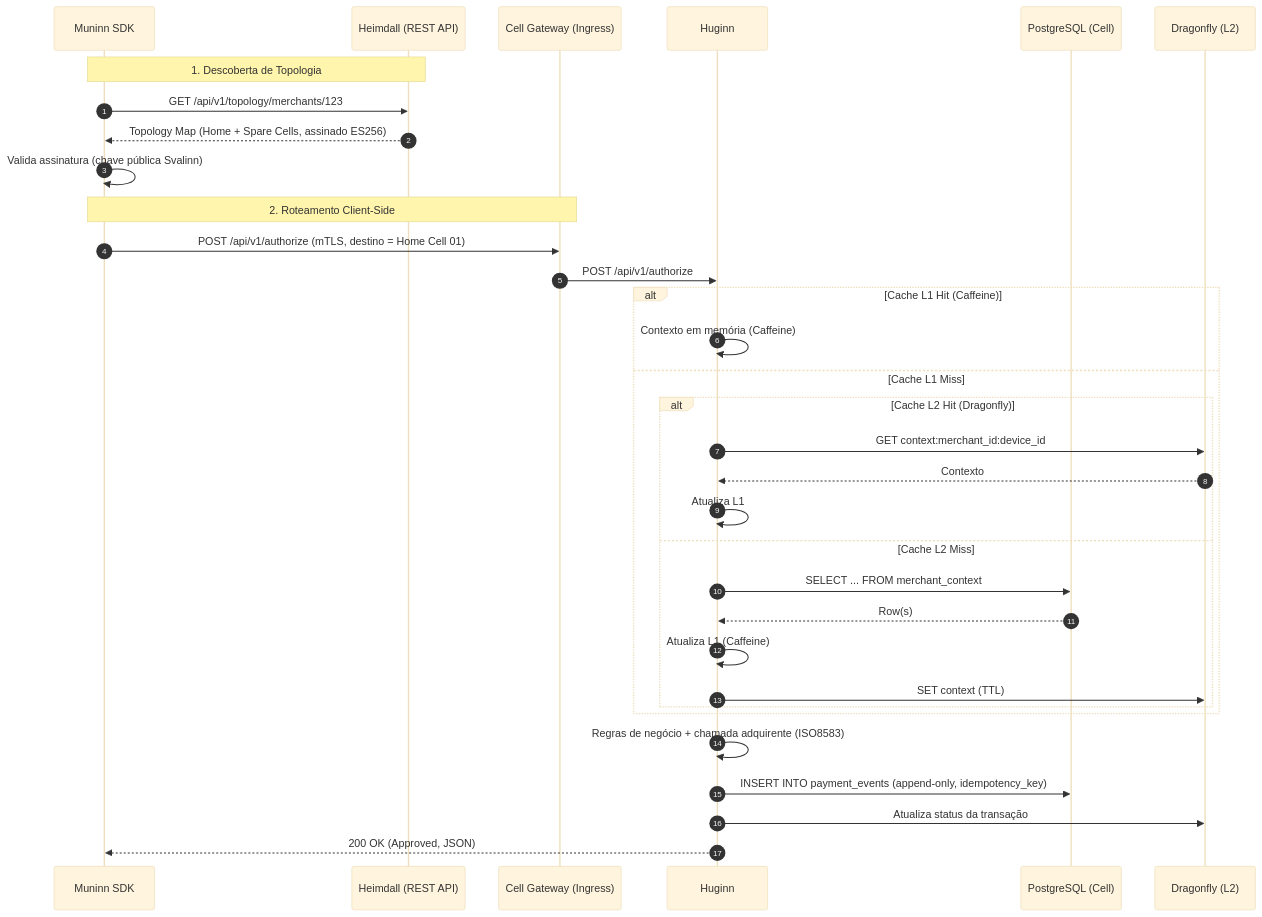
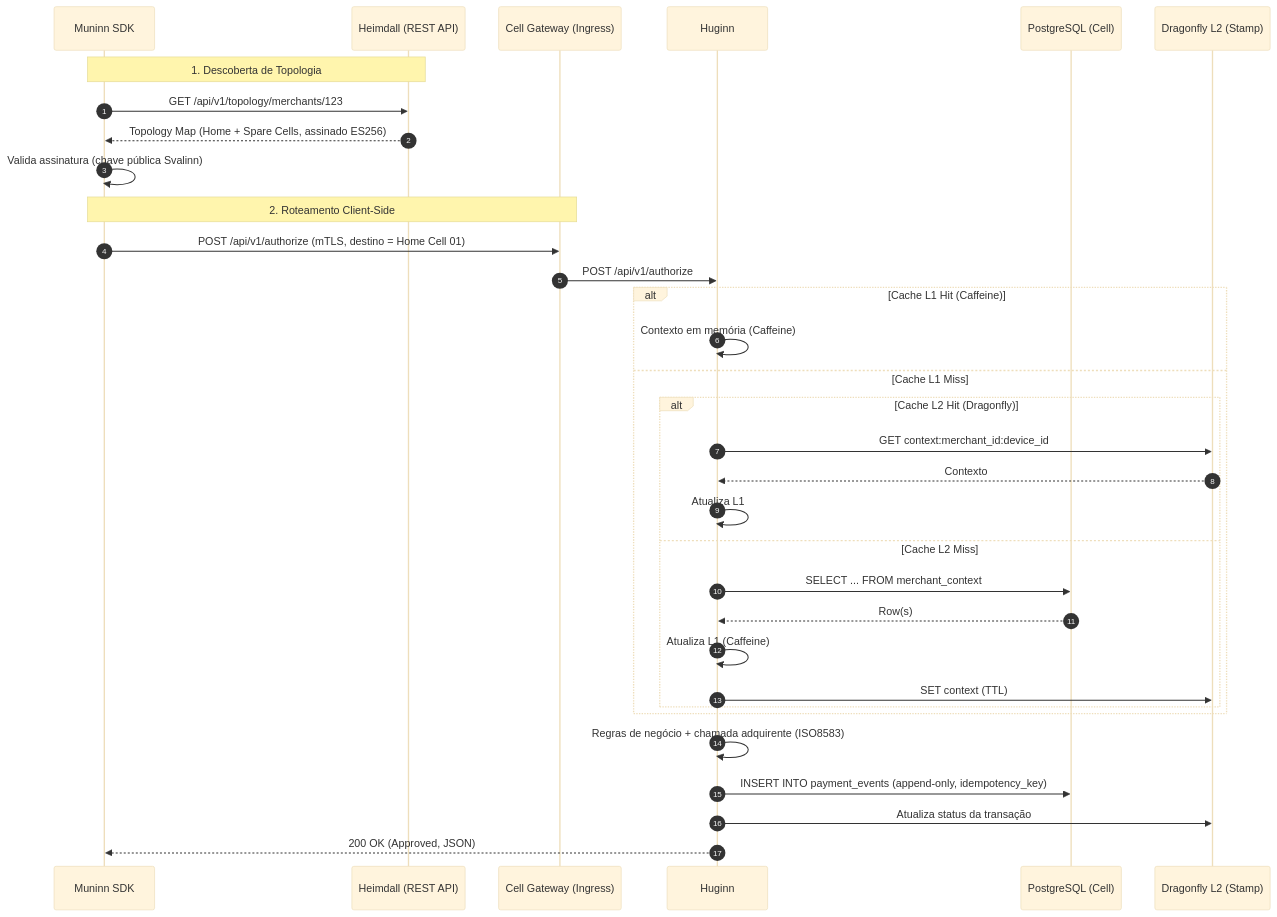
One commit to edercnj/claude-environment changed the fourth of 4 diagrams in ARCHITECTURE-OVERVIEW.md. Above: the diagram before and after it, drawn with Mermaid (base theme). The commit also changed other lines of this file, not shown here.

Commit message:
feat: Document and detail the new two-layer caching architecture with Caffeine L1 and shared Dragonfly L2 per Stamp.

````diff
--- a/ARCHITECTURE-OVERVIEW.md
+++ b/ARCHITECTURE-OVERVIEW.md
@@ -746,41 +749,41 @@
 ```mermaid
 sequenceDiagram
     autonumber
     participant SDK as Muninn SDK
     participant Heimdall as Heimdall (REST API)
     participant Gateway as Cell Gateway (Ingress)
     participant Huginn as Huginn
     participant PG as PostgreSQL (Cell)
-    participant DF as Dragonfly (L2)
+    participant DF as Dragonfly L2 (Stamp)
 
     Note over SDK, Heimdall: 1. Descoberta de Topologia
     SDK->>Heimdall: GET /api/v1/topology/merchants/123
     Heimdall-->>SDK: Topology Map (Home + Spare Cells, assinado ES256)
     SDK->>SDK: Valida assinatura (chave pública Svalinn)
 
     Note over SDK, Gateway: 2. Roteamento Client-Side
     SDK->>Gateway: POST /api/v1/authorize (mTLS, destino = Home Cell 01)
 
     Gateway->>Huginn: POST /api/v1/authorize
 
     alt Cache L1 Hit (Caffeine)
         Huginn->>Huginn: Contexto em memória (Caffeine)
     else Cache L1 Miss
         alt Cache L2 Hit (Dragonfly)
             Huginn->>DF: GET context:merchant_id:device_id
             DF-->>Huginn: Contexto
             Huginn->>Huginn: Atualiza L1
         else Cache L2 Miss
             Huginn->>PG: SELECT ... FROM merchant_context
             PG-->>Huginn: Row(s)
             Huginn->>Huginn: Atualiza L1 (Caffeine)
             Huginn->>DF: SET context (TTL)
         end
     end
 
     Huginn->>Huginn: Regras de negócio + chamada adquirente (ISO8583)
     Huginn->>PG: INSERT INTO payment_events (append-only, idempotency_key)
     Huginn->>DF: Atualiza status da transação
 
     Huginn-->>SDK: 200 OK (Approved, JSON)
 ```
````
